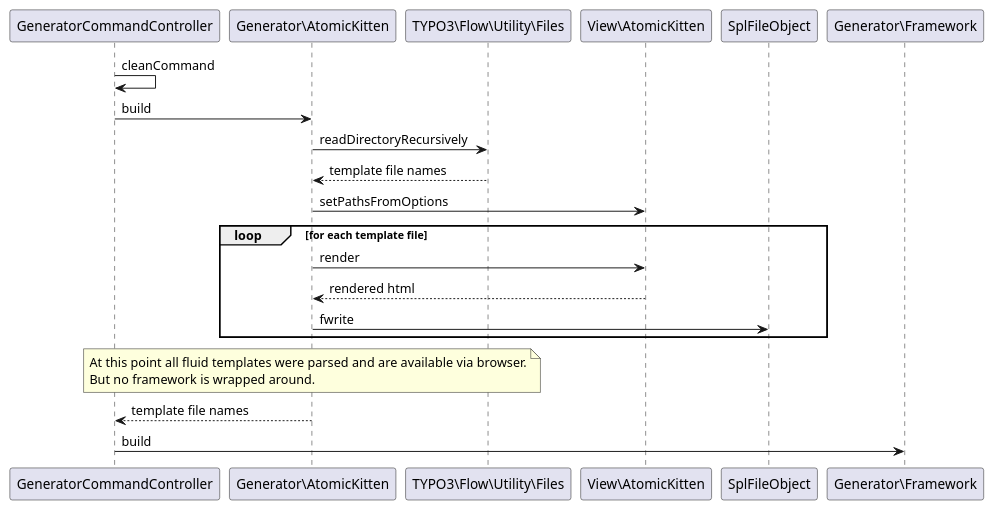
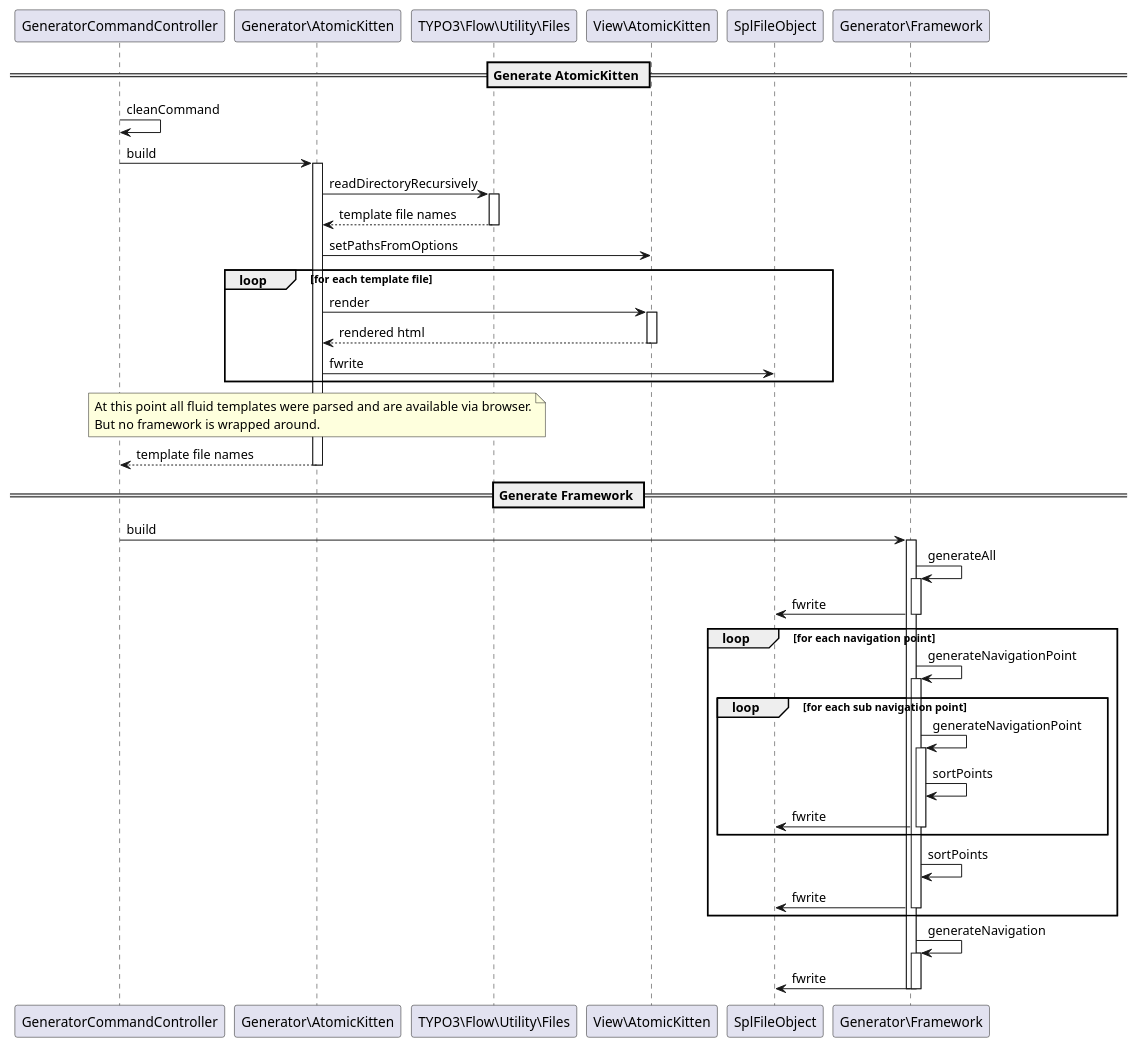
The diagram in Documentation/Uml/GenerationSequenze.plantuml (DanielSiepmann/AtomicKitten.Framework), drawn with PlantUML before and after one commit. The commit also changed 1 other file, not shown here.

Commit message:
FEATURE: Finish sequence diagram for generation

```diff
--- a/Documentation/Uml/GenerationSequenze.plantuml
+++ b/Documentation/Uml/GenerationSequenze.plantuml
@@ -1,20 +1,54 @@
 @startuml
 
+== Generate AtomicKitten ==
+
 "GeneratorCommandController" -> "GeneratorCommandController": cleanCommand
-GeneratorCommandController -> "Generator\AtomicKitten": build
-"Generator\AtomicKitten" -> "TYPO3\Flow\Utility\Files": readDirectoryRecursively
-"Generator\AtomicKitten" <-- "TYPO3\Flow\Utility\Files": template file names
-"Generator\AtomicKitten" -> "View\AtomicKitten": setPathsFromOptions
-loop for each template file
-    "Generator\AtomicKitten" -> "View\AtomicKitten": render
-    "Generator\AtomicKitten" <-- "View\AtomicKitten": rendered html
-    "Generator\AtomicKitten" -> "SplFileObject": fwrite
-end
+"GeneratorCommandController" -> "Generator\AtomicKitten": build
+activate "Generator\AtomicKitten"
+    "Generator\AtomicKitten" -> "TYPO3\Flow\Utility\Files": readDirectoryRecursively
+    activate "TYPO3\Flow\Utility\Files"
+        "Generator\AtomicKitten" <-- "TYPO3\Flow\Utility\Files": template file names
+    deactivate "TYPO3\Flow\Utility\Files"
+    "Generator\AtomicKitten" -> "View\AtomicKitten": setPathsFromOptions
+    loop for each template file
+        "Generator\AtomicKitten" -> "View\AtomicKitten": render
+        activate "View\AtomicKitten"
+            "Generator\AtomicKitten" <-- "View\AtomicKitten": rendered html
+        deactivate "View\AtomicKitten"
+        "Generator\AtomicKitten" -> "SplFileObject": fwrite
+    end
 
-note over "Generator\AtomicKitten": At this point all fluid templates were parsed and are available via browser.\nBut no framework is wrapped around.
+    note over "Generator\AtomicKitten": At this point all fluid templates were parsed and are available via browser.\nBut no framework is wrapped around.
 
-"GeneratorCommandController" <-- "Generator\AtomicKitten": template file names
+    "GeneratorCommandController" <-- "Generator\AtomicKitten": template file names
+deactivate "Generator\AtomicKitten"
+
+== Generate Framework ==
 
 "GeneratorCommandController" -> "Generator\Framework": build
+activate "Generator\Framework"
+    "Generator\Framework" -> "Generator\Framework": generateAll
+    activate "Generator\Framework"
+        "Generator\Framework" -> "SplFileObject": fwrite
+    deactivate "Generator\Framework"
+    loop for each navigation point
+        "Generator\Framework" -> "Generator\Framework": generateNavigationPoint
+        activate "Generator\Framework"
+        loop for each sub navigation point
+            "Generator\Framework" -> "Generator\Framework": generateNavigationPoint
+            activate "Generator\Framework"
+                "Generator\Framework" -> "Generator\Framework": sortPoints
+                "Generator\Framework" -> "SplFileObject": fwrite
+            deactivate "Generator\Framework"
+        end
+            "Generator\Framework" -> "Generator\Framework": sortPoints
+            "Generator\Framework" -> "SplFileObject": fwrite
+        deactivate "Generator\Framework"
+    end
+    "Generator\Framework" -> "Generator\Framework": generateNavigation
+    activate "Generator\Framework"
+        "Generator\Framework" -> "SplFileObject": fwrite
+    deactivate "Generator\Framework"
+deactivate "Generator\Framework"
 
 @enduml
```
